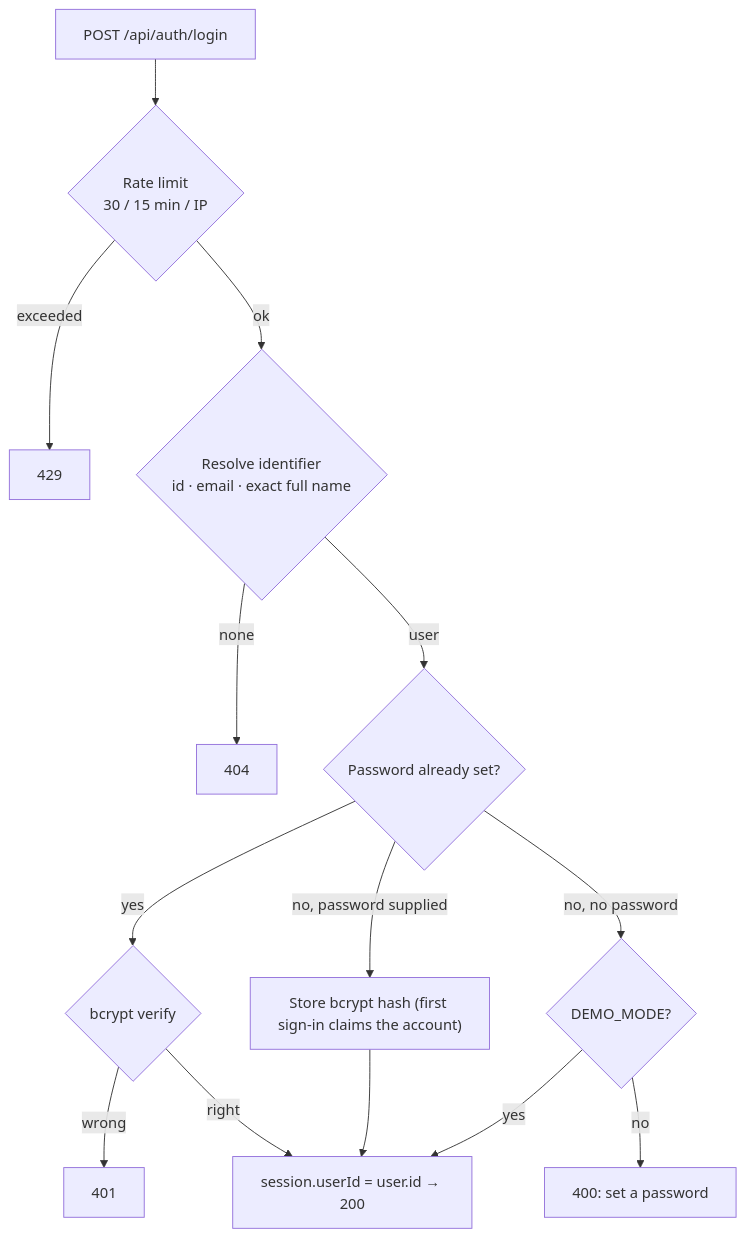
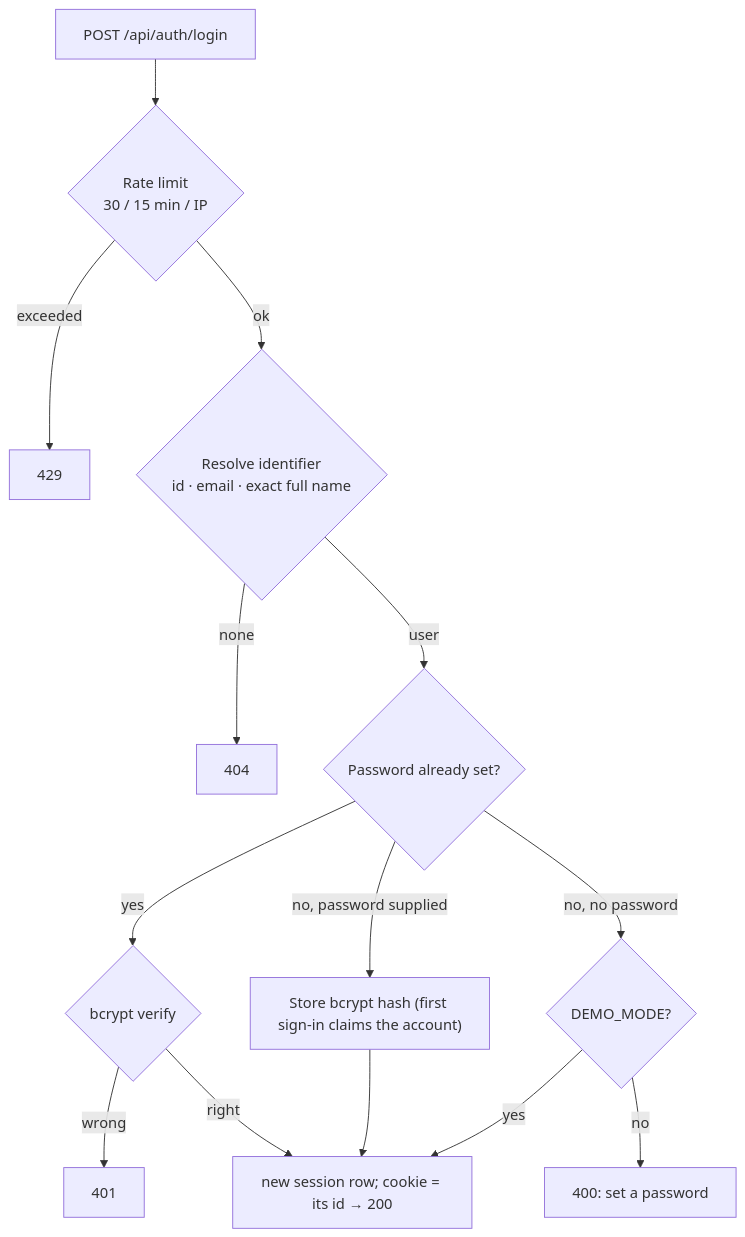
One commit to vs554154-dotcom/capability-hub-ai changed the fourth of 5 diagrams in ARCHITECTURE.md. Above: the diagram before and after it, drawn with Mermaid. The commit also changed other lines of this file and 13 other files, not shown here.

````diff
--- a/ARCHITECTURE.md
+++ b/ARCHITECTURE.md
@@ -345,15 +369,15 @@
 ```mermaid
 flowchart TD
     A["POST /api/auth/login"] --> RL{"Rate limit<br/>30 / 15 min / IP"}
     RL -- exceeded --> E429["429"]
     RL -- ok --> R{"Resolve identifier<br/>id · email · exact full name"}
     R -- none --> E404["404"]
     R -- user --> H{"Password already set?"}
     H -- yes --> V{"bcrypt verify"}
     V -- wrong --> E401["401"]
-    V -- right --> OK["session.userId = user.id → 200"]
+    V -- right --> OK["new session row; cookie = its id → 200"]
     H -- "no, password supplied" --> CLAIM["Store bcrypt hash (first sign-in claims the account)"] --> OK
     H -- "no, no password" --> DM{"DEMO_MODE?"}
     DM -- yes --> OK
     DM -- no --> E400["400: set a password"]
 ```
````
